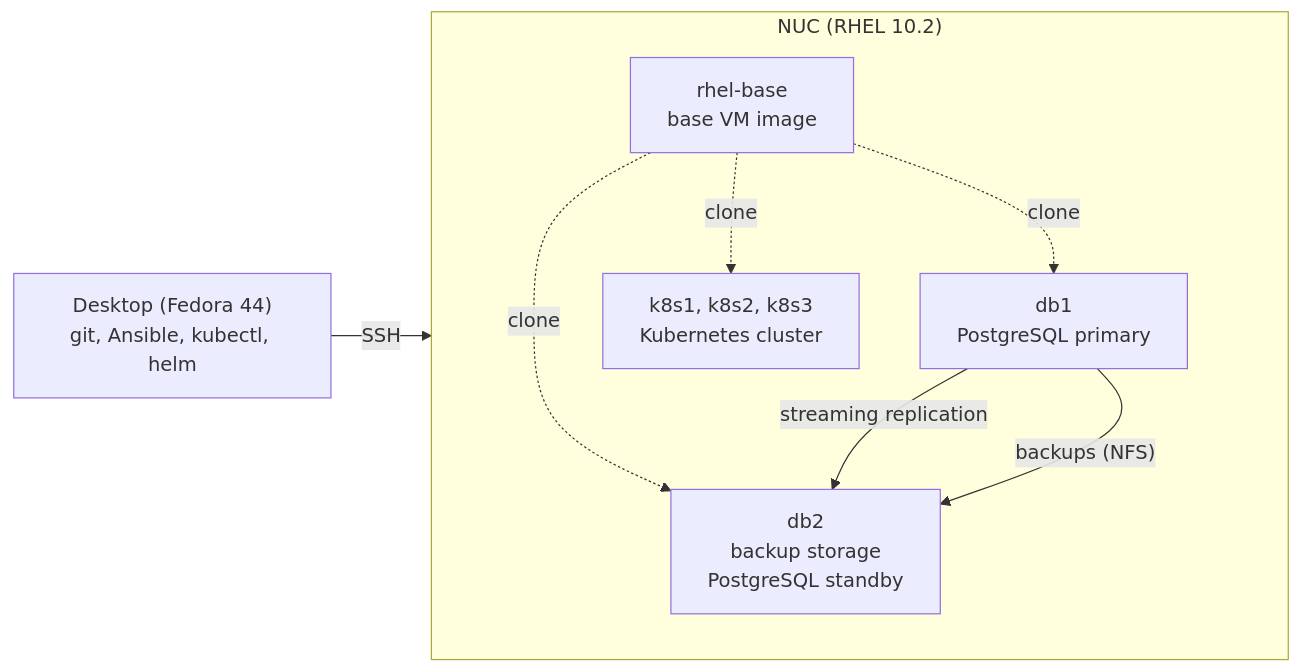
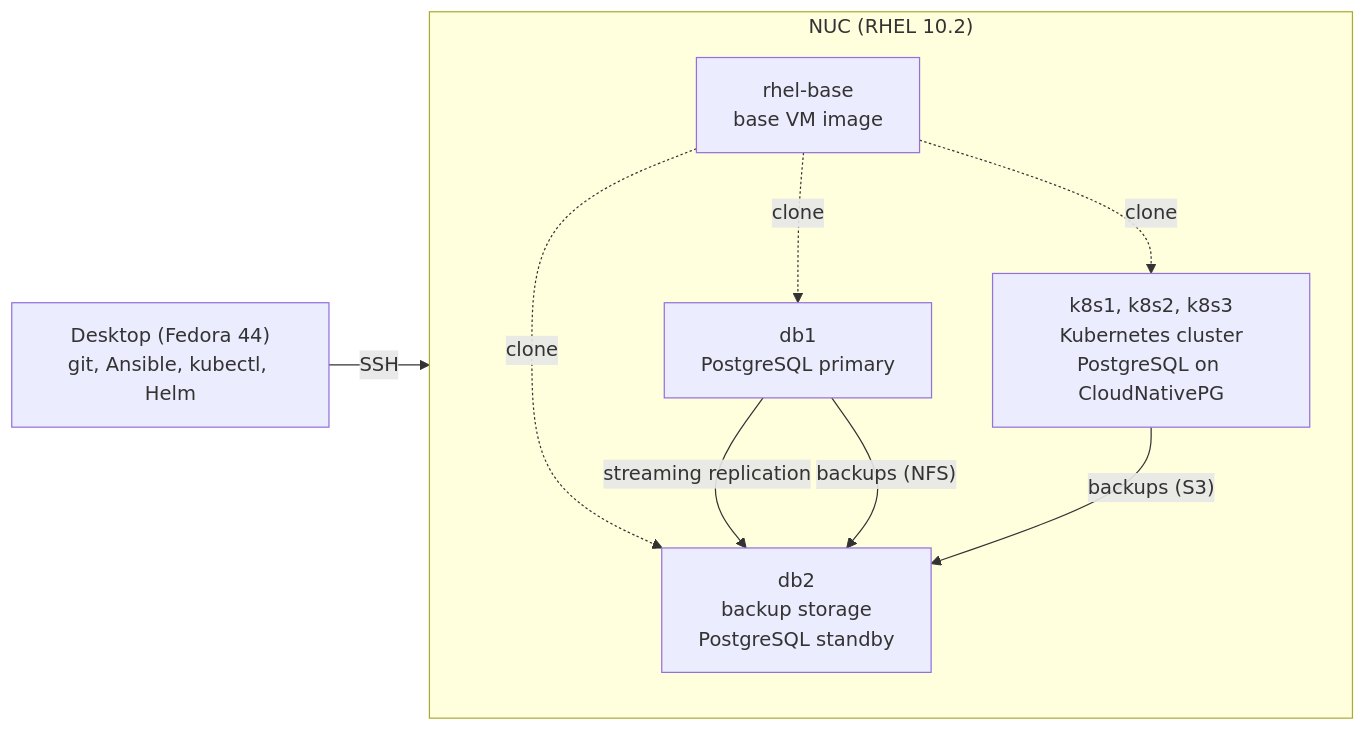
Before and after one commit to marin-orejas/rhel-data-platform: the diagram in README.md, drawn with Mermaid. The commit also changed other lines of this file and 1 other file, not shown here.

Commit message:
docs(roadmap): mark the project complete

````diff
--- a/README.md
+++ b/README.md
@@ -11,16 +11,17 @@
 ```mermaid
 flowchart LR
-    desk["Desktop (Fedora 44)<br/>git, Ansible, kubectl, helm"]
+    desk["Desktop (Fedora 44)<br/>git, Ansible, kubectl, Helm"]
     subgraph nuc["NUC (RHEL 10.2)"]
         base["rhel-base<br/>base VM image"]
         db1["db1<br/>PostgreSQL primary"]
         db2["db2<br/>backup storage<br/>PostgreSQL standby"]
-        k8s["k8s1, k8s2, k8s3<br/>Kubernetes cluster"]
+        k8s["k8s1, k8s2, k8s3<br/>Kubernetes cluster<br/>PostgreSQL on CloudNativePG"]
         base -. clone .-> db1
         base -. clone .-> db2
         base -. clone .-> k8s
         db1 -- "streaming replication" --> db2
         db1 -- "backups (NFS)" --> db2
+        k8s -- "backups (S3)" --> db2
     end
     desk -- SSH --> nuc
 ```
````
